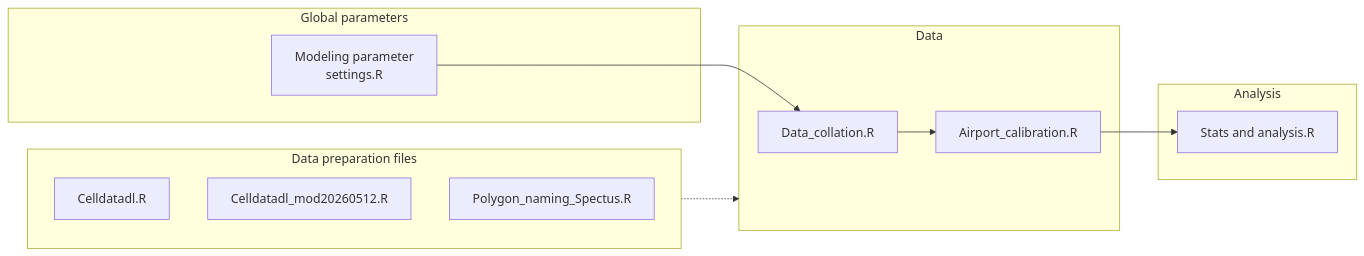
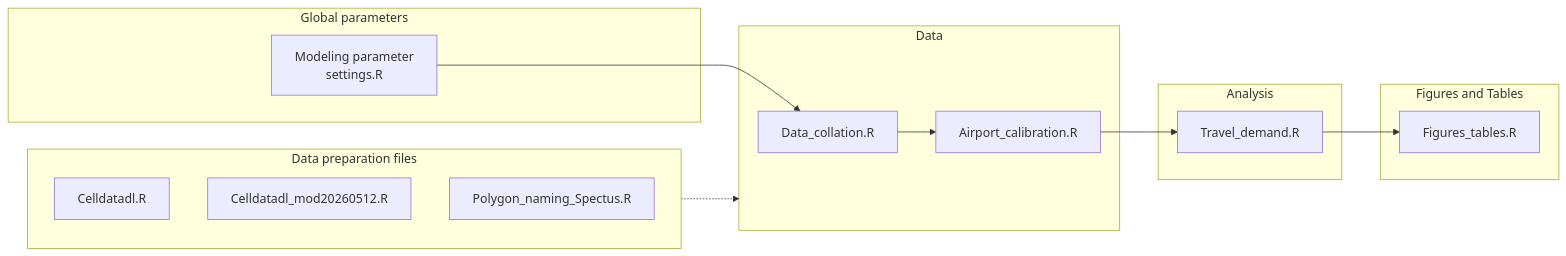
Before and after one commit to rmgriffin/MiamiMangroves: the diagram in readme.md, drawn with Mermaid.

Commit message:
New travel_demand script

````diff
--- a/readme.md
+++ b/readme.md
@@ -9,26 +9,30 @@
 ```mermaid
 flowchart LR 
   %% TD reorients to top-down
   subgraph dataprep[Data preparation files]
     A["Celldatadl.R"]
     B["Celldatadl_mod20260512.R"]
     C["Polygon_naming_Spectus.R"]
   end
   subgraph global[Global parameters]
     D["Modeling parameter<br/>settings.R"]
   end
   subgraph data[Data]
     E["Data_collation.R"]
     G["Airport_calibration.R"]
   end
   subgraph analysis[Analysis]
-    F["Stats and analysis.R"]
+    F["Travel_demand.R"]   
+  end
+    subgraph figures[Figures and Tables]
+    H["Figures_tables.R"]
     
   end
 
   D --> E
   G --> F
   E --> G
+  F --> H
   dataprep -.-> data
 
 ```
````
